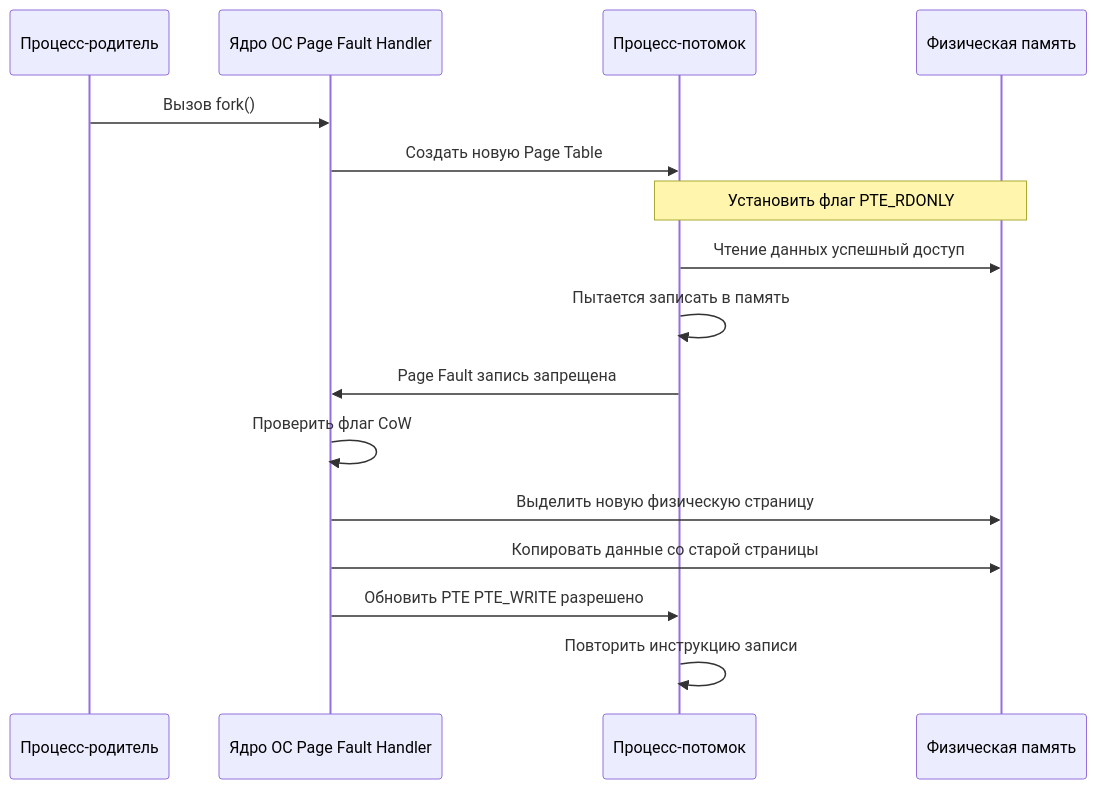
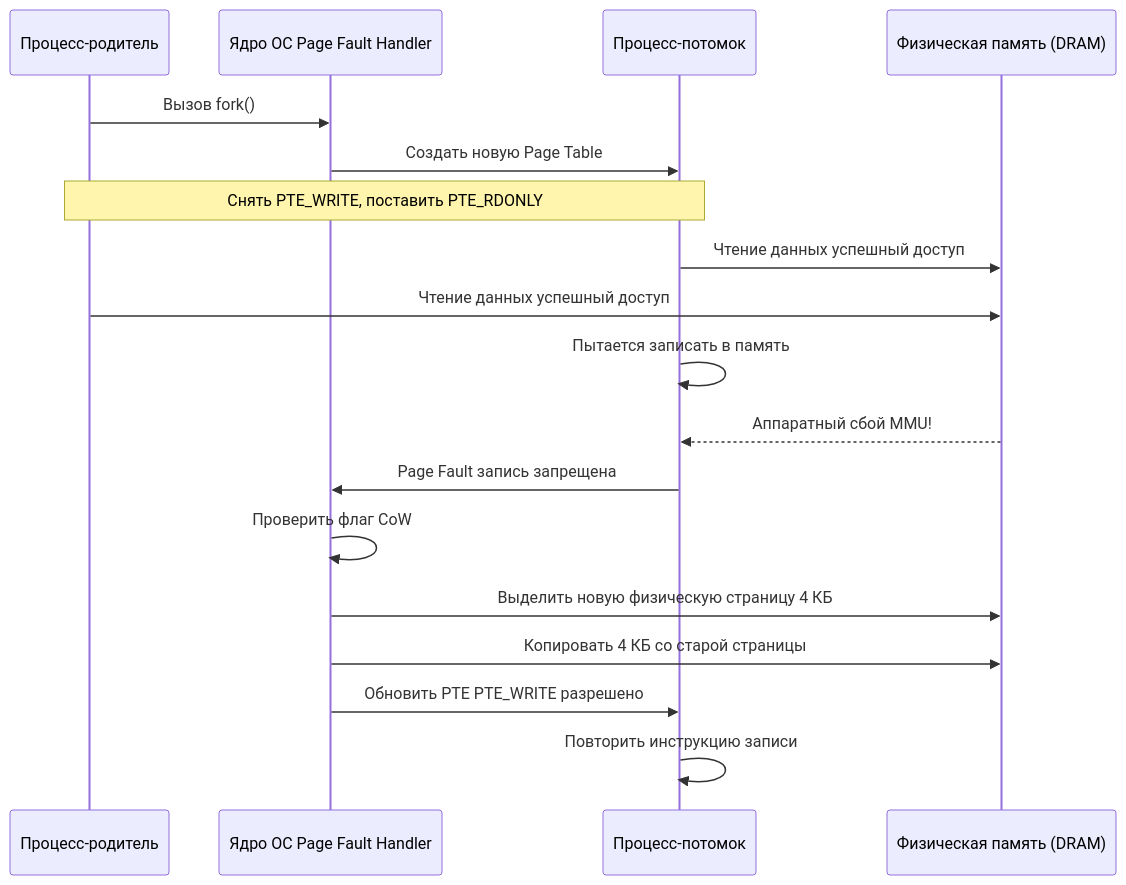
One commit to UnrealTemplier/go-textbook changed the diagram in sources/2. Устройство и работа ОС/16. Copy On Write. Почему fork не копирует всю память сразу.md. Above: the diagram before and after it, drawn with Mermaid. The commit also changed other lines of this file, not shown here.

Commit message:
feat(module-02): editorial rewrite of Lecture 16 (Copy On Write, fork, Page Faults, MADV_DONTFORK) in Kernighan style

````diff
--- a/sources/2. Устройство и работа ОС/16. Copy On Write. Почему fork не копирует всю память сразу.md
+++ b/sources/2. Устройство и работа ОС/16. Copy On Write. Почему fork не копирует всю память сразу.md
@@ -18,19 +29,21 @@
 ```mermaid
 sequenceDiagram
     participant Parent as Процесс-родитель
     participant Kernel as Ядро ОС Page Fault Handler
     participant Child as Процесс-потомок
-    participant PhysMem as Физическая память
+    participant PhysMem as Физическая память (DRAM)
 
     Parent->>Kernel: Вызов fork()
     Kernel->>Child: Создать новую Page Table
-    Note over Child, PhysMem: Установить флаг PTE_RDONLY
+    Note over Parent, Child: Снять PTE_WRITE, поставить PTE_RDONLY
     Child->>PhysMem: Чтение данных успешный доступ
+    Parent->>PhysMem: Чтение данных успешный доступ
     Child->>Child: Пытается записать в память
+    PhysMem-->>Child: Аппаратный сбой MMU!
     Child->>Kernel: Page Fault запись запрещена
     Kernel->>Kernel: Проверить флаг CoW
-    Kernel->>PhysMem: Выделить новую физическую страницу
-    Kernel->>PhysMem: Копировать данные со старой страницы
+    Kernel->>PhysMem: Выделить новую физическую страницу 4 КБ
+    Kernel->>PhysMem: Копировать 4 КБ со старой страницы
     Kernel->>Child: Обновить PTE PTE_WRITE разрешено
     Child->>Child: Повторить инструкцию записи
 ```
````
